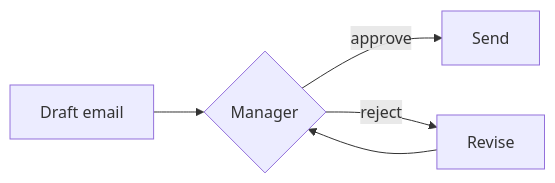
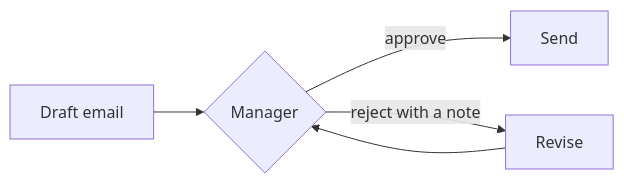
The sixth of 8 diagrams in content/en/docs/agentic_ai/workflow_design_patterns.md (kk-engineer/robosathi), drawn with Mermaid before and after one commit. The commit also changed other lines of this file and 15 other files, not shown here.

````diff
--- a/content/en/docs/agentic_ai/workflow_design_patterns.md
+++ b/content/en/docs/agentic_ai/workflow_design_patterns.md
@@ -127,7 +142,7 @@
 ```mermaid
 graph LR
     D[Draft email] --> M{Manager}
     M -->|approve| S[Send]
-    M -->|reject| R[Revise]
+    M -->|reject with a note| R[Revise]
     R --> M
 ```
````
